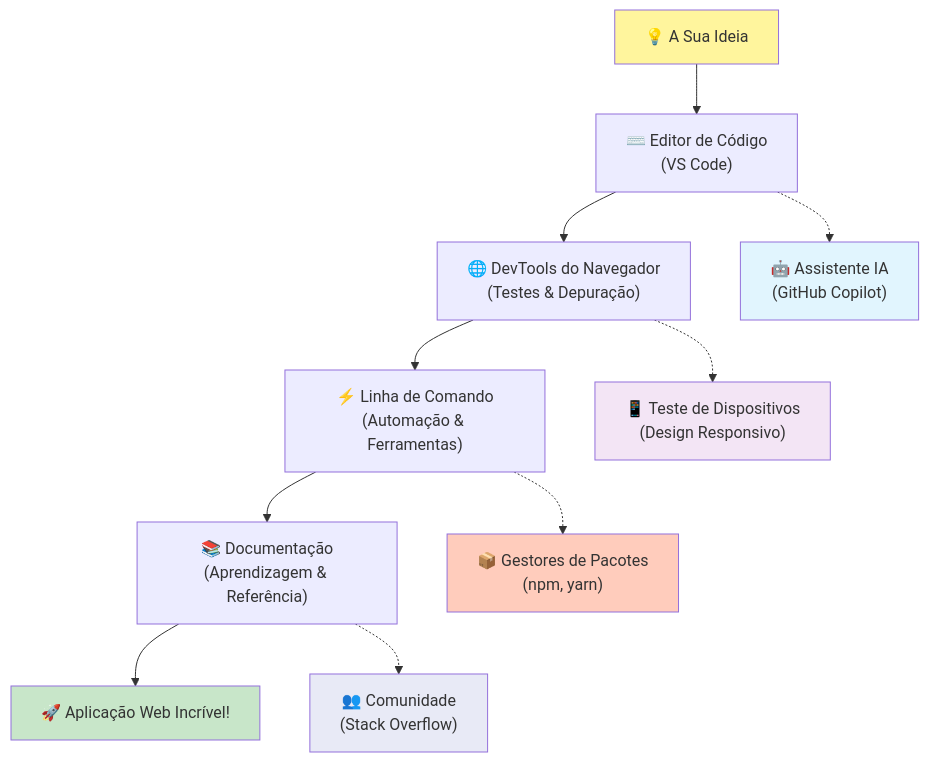
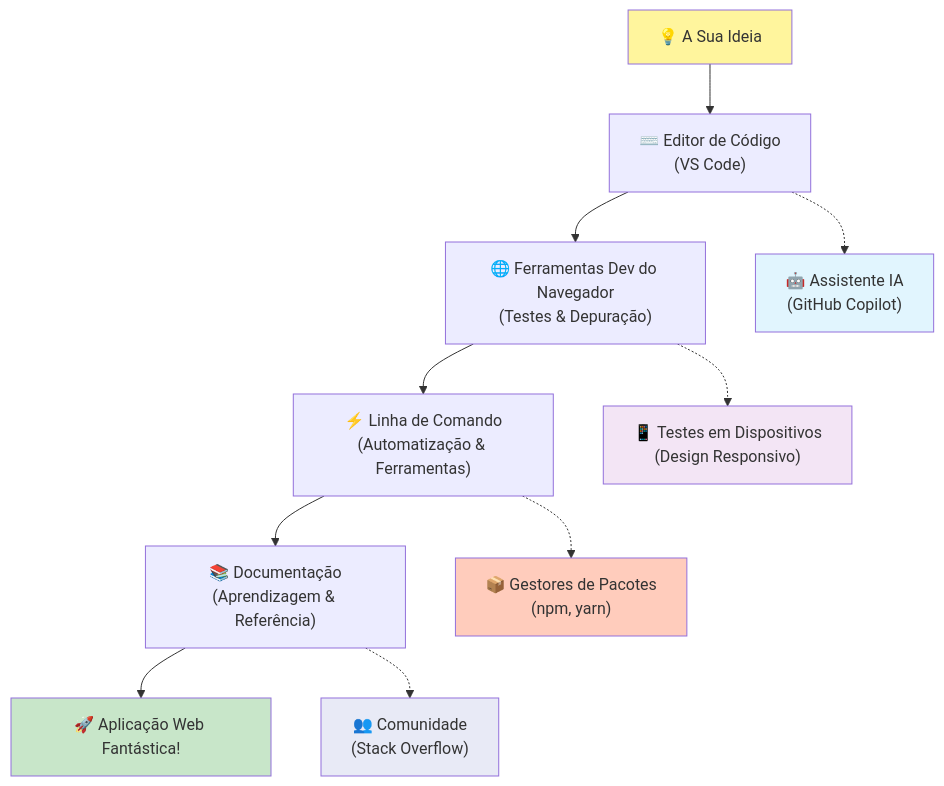
One commit to microsoft/Web-Dev-For-Beginners changed the fifth of 7 diagrams in translations/pt-PT/1-getting-started-lessons/1-intro-to-programming-languages/README.md. Above: the diagram before and after it, drawn with Mermaid. The commit also changed other lines of this file and 8 other files, not shown here.

````diff
--- a/translations/pt-PT/1-getting-started-lessons/1-intro-to-programming-languages/README.md
+++ b/translations/pt-PT/1-getting-started-lessons/1-intro-to-programming-languages/README.md
@@ -488,20 +487,20 @@
 ```mermaid
 graph TD
     A["💡 A Sua Ideia"] --> B["⌨️ Editor de Código<br/>(VS Code)"] 
-    B --> C["🌐 DevTools do Navegador<br/>(Testes & Depuração)"]
-    C --> D["⚡ Linha de Comando<br/>(Automação & Ferramentas)"]
+    B --> C["🌐 Ferramentas Dev do Navegador<br/>(Testes & Depuração)"]
+    C --> D["⚡ Linha de Comando<br/>(Automatização & Ferramentas)"]
     D --> E["📚 Documentação<br/>(Aprendizagem & Referência)"]
-    E --> F["🚀 Aplicação Web Incrível!"]
+    E --> F["🚀 Aplicação Web Fantástica!"]
     
     B -.-> G["🤖 Assistente IA<br/>(GitHub Copilot)"]
-    C -.-> H["📱 Teste de Dispositivos<br/>(Design Responsivo)"]
+    C -.-> H["📱 Testes em Dispositivos<br/>(Design Responsivo)"]
     D -.-> I["📦 Gestores de Pacotes<br/>(npm, yarn)"]
     E -.-> J["👥 Comunidade<br/>(Stack Overflow)"]
     
     style A fill:#fff59d
     style F fill:#c8e6c9
     style G fill:#e1f5fe
     style H fill:#f3e5f5
     style I fill:#ffccbc
     style J fill:#e8eaf6
 ```
````
